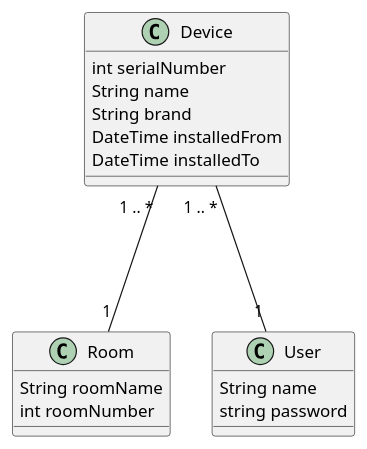
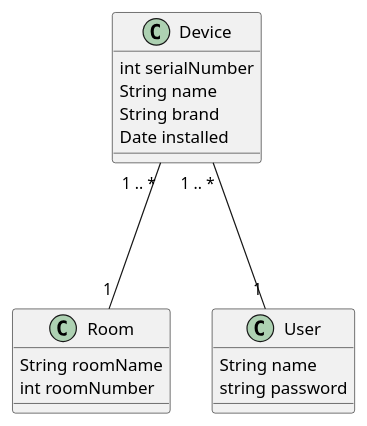
One commit to htl-leonding-project/5ahif-syp-chromecast-manager changed the diagram in Backend/asciidocs/cld.puml. Above: the diagram before and after it, drawn with PlantUML. The commit also changed 1 other file, not shown here.

```diff
--- a/Backend/asciidocs/cld.puml
+++ b/Backend/asciidocs/cld.puml
@@ -1,24 +1,23 @@
 @startuml
 
 class Device{
   int serialNumber
   String name
   String brand
-  DateTime installedFrom
-  DateTime installedTo
+  Date installed
 }
 
 class Room{
    String roomName
    int roomNumber
 }
 class User
 {
 String name
 string password
 }
 
 Device "1 .. *" --- "1" Room
 Device "1 .. *" --- "1" User
 
 @enduml
```
